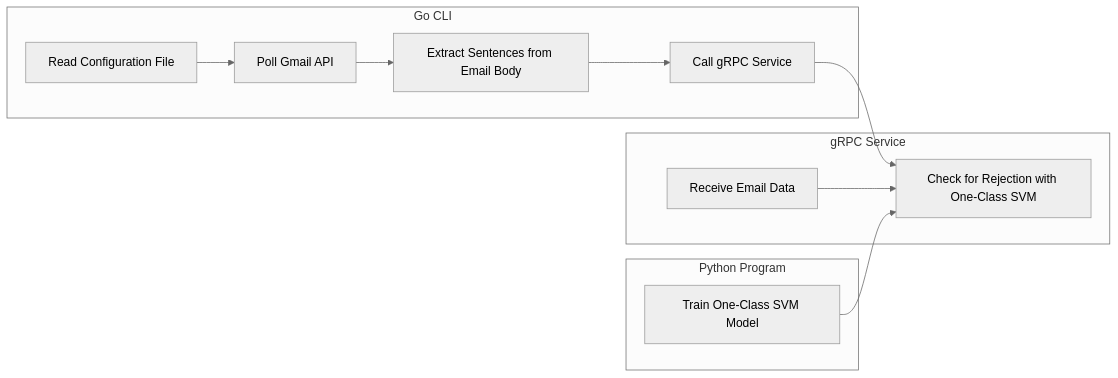
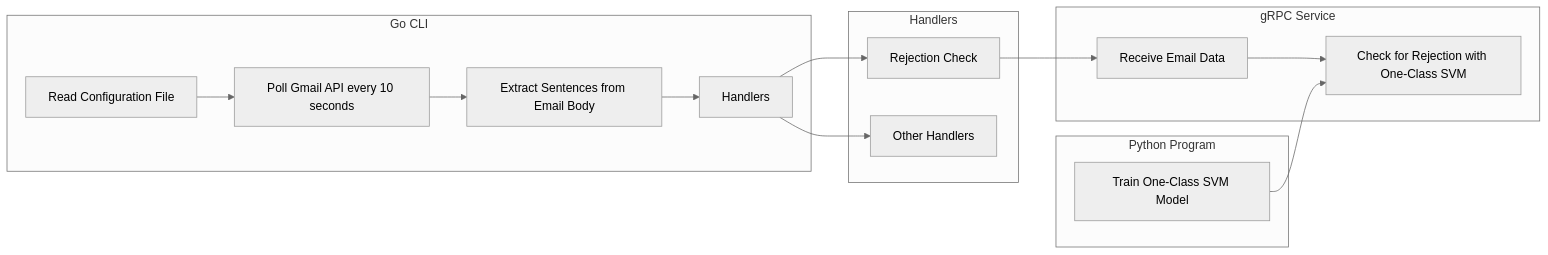
Before and after one commit to jyouturner/gmail-ai: the diagram in README.md, drawn with Mermaid (neutral theme).

`````diff
--- a/README.md
+++ b/README.md
@@ -9,22 +9,29 @@
 ````mermaid
 flowchart LR
     subgraph Go CLI
         A[Read Configuration File]
-        B[Poll Gmail API]
+        B[Poll Gmail API every 10 seconds]
         C[Extract Sentences from Email Body]
-        D[Call gRPC Service]
+        D[Handlers]
+    end
+    subgraph Handlers
+        E[Rejection Check]
+        F[Other Handlers]
     end
     subgraph gRPC Service
-        E[Receive Email Data]
-        F[Check for Rejection with One-Class SVM]
+        G[Receive Email Data]
+        H[Check for Rejection with One-Class SVM]
     end
     subgraph Python Program
-        G[Train One-Class SVM Model]
+        I[Train One-Class SVM Model]
     end
     A --> B
     B --> C
     C --> D
+    D --> E
     D --> F
-    E --> F
-    G --> F
+    E --> G
+    G --> H
+    I --> H
+
 ````
`````
